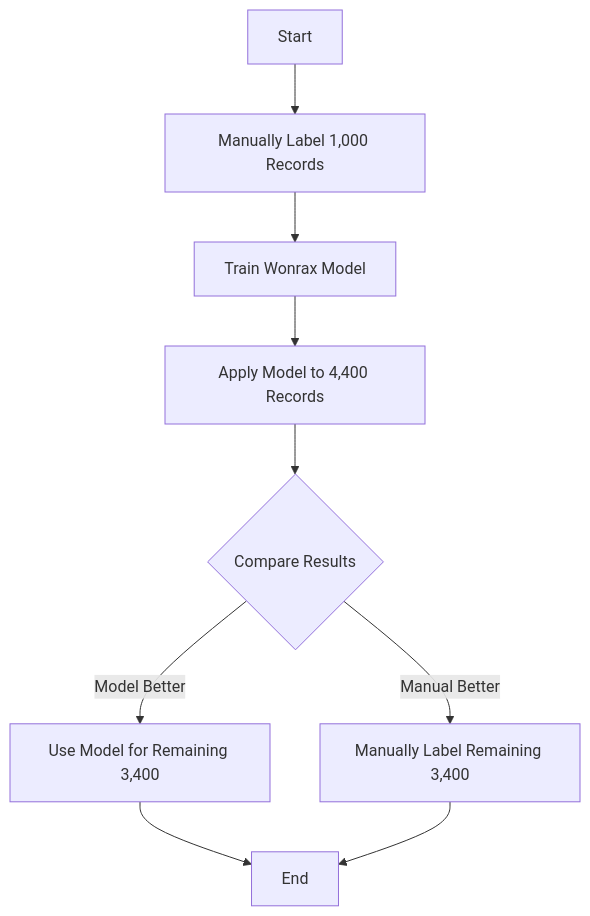
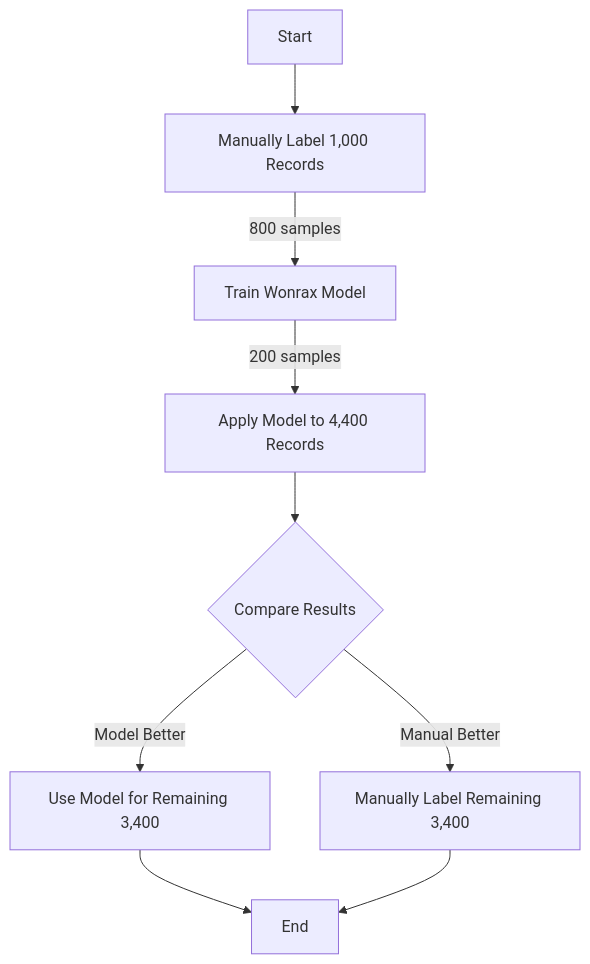
One commit to KieTuaNguyen/Model_FinalYearProject changed the second of 3 diagrams in Document/ABSAModeling.md. Above: the diagram before and after it, drawn with Mermaid. The commit also changed other lines of this file, not shown here.

Commit message:
Refactor ABSA Modeling documentation for clarity and detail

````diff
--- a/Document/ABSAModeling.md
+++ b/Document/ABSAModeling.md
@@ -51,12 +51,12 @@
 ```mermaid
 graph TD
     A[Start] --> B[Manually Label 1,000 Records]
-    B --> C[Train Wonrax Model]
-    C --> D[Apply Model to 4,400 Records]
+    B --> |800 samples| C[Train Wonrax Model]
+    C --> |200 samples| D[Apply Model to 4,400 Records]
     D --> E{Compare Results}
     E -->|Model Better| F[Use Model for Remaining 3,400]
     E -->|Manual Better| G[Manually Label Remaining 3,400]
     F --> H[End]
     G --> H
 
 ```
````
